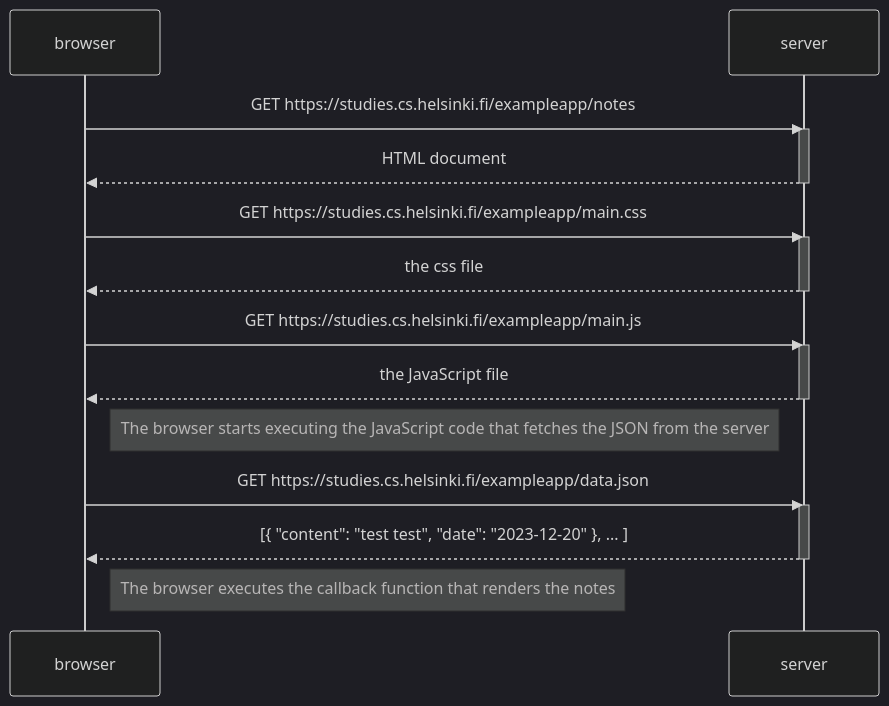
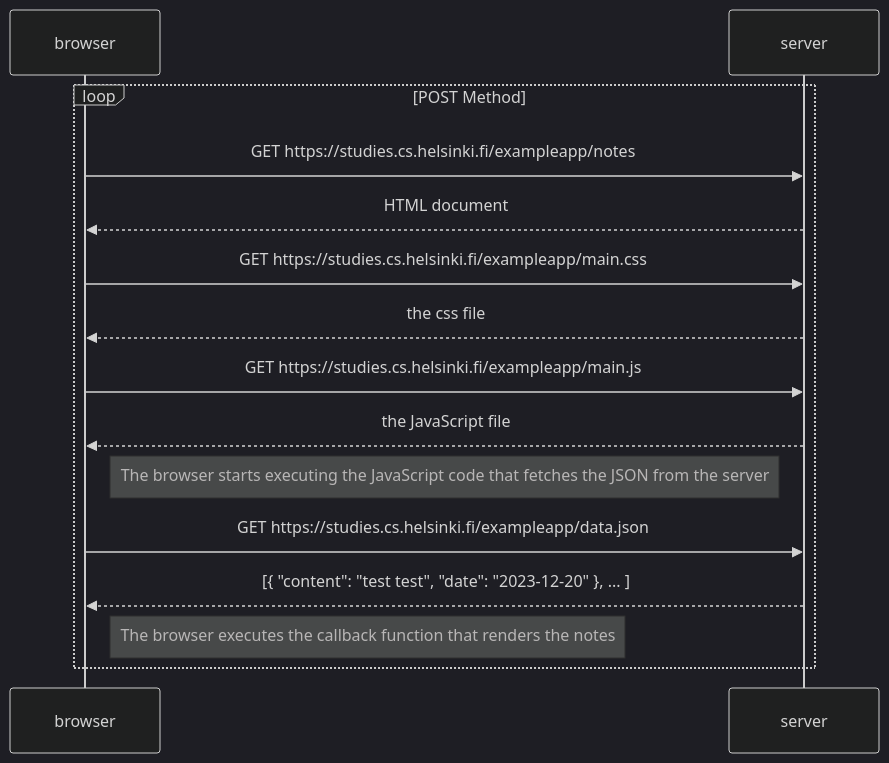
The diagram in part0/0.4.md (kingmathers92/fullstackopen-exercises-2023), drawn with Mermaid (dark theme) before and after one commit. The commit also changed 5 other files, not shown here.

````diff
--- a/part0/0.4.md
+++ b/part0/0.4.md
@@ -3,29 +3,27 @@
 ```mermaid
 sequenceDiagram
 participant browser
 participant server
 
-    browser->>server: GET https://studies.cs.helsinki.fi/exampleapp/notes
-    activate server
-    server-->>browser: HTML document
-    deactivate server
+    loop POST Method
+        browser->>server: GET https://studies.cs.helsinki.fi/exampleapp/notes
+        server-->>browser: HTML document
 
-    browser->>server: GET https://studies.cs.helsinki.fi/exampleapp/main.css
-    activate server
-    server-->>browser: the css file
-    deactivate server
 
-    browser->>server: GET https://studies.cs.helsinki.fi/exampleapp/main.js
-    activate server
-    server-->>browser: the JavaScript file
-    deactivate server
+        browser->>server: GET https://studies.cs.helsinki.fi/exampleapp/main.css
+        server-->>browser: the css file
 
-    Note right of browser: The browser starts executing the JavaScript code that fetches the JSON from the server
 
-    browser->>server: GET https://studies.cs.helsinki.fi/exampleapp/data.json
-    activate server
-    server-->>browser: [{ "content": "test test", "date": "2023-12-20" }, ... ]
-    deactivate server
+        browser->>server: GET https://studies.cs.helsinki.fi/exampleapp/main.js
+        server-->>browser: the JavaScript file
 
-    Note right of browser: The browser executes the callback function that renders the notes
+
+        Note right of browser: The browser starts executing the JavaScript code that fetches the JSON from the server
+
+        browser->>server: GET https://studies.cs.helsinki.fi/exampleapp/data.json
+        server-->>browser: [{ "content": "test test", "date": "2023-12-20" }, ... ]
+
+
+        Note right of browser: The browser executes the callback function that renders the notes
+    end
 ```
````
